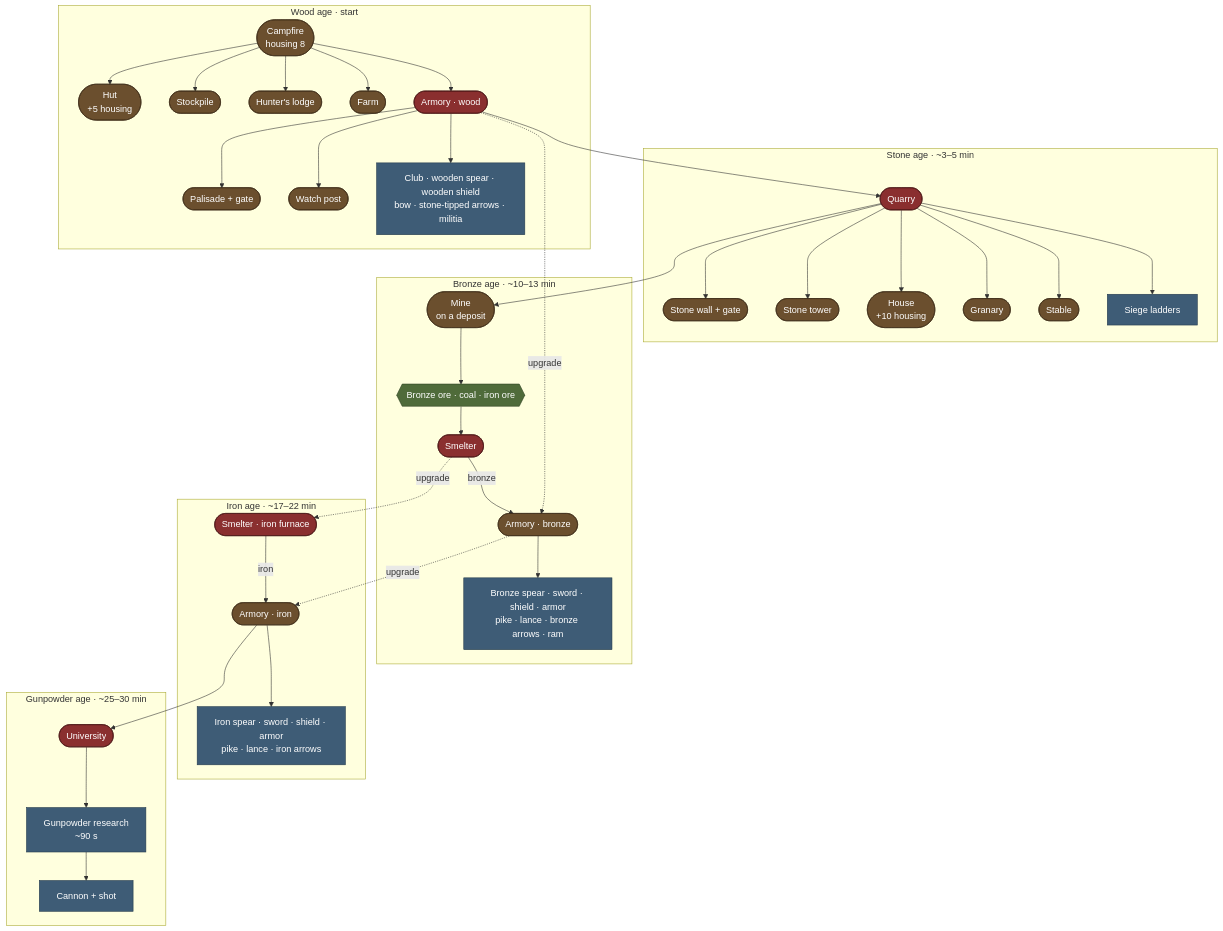
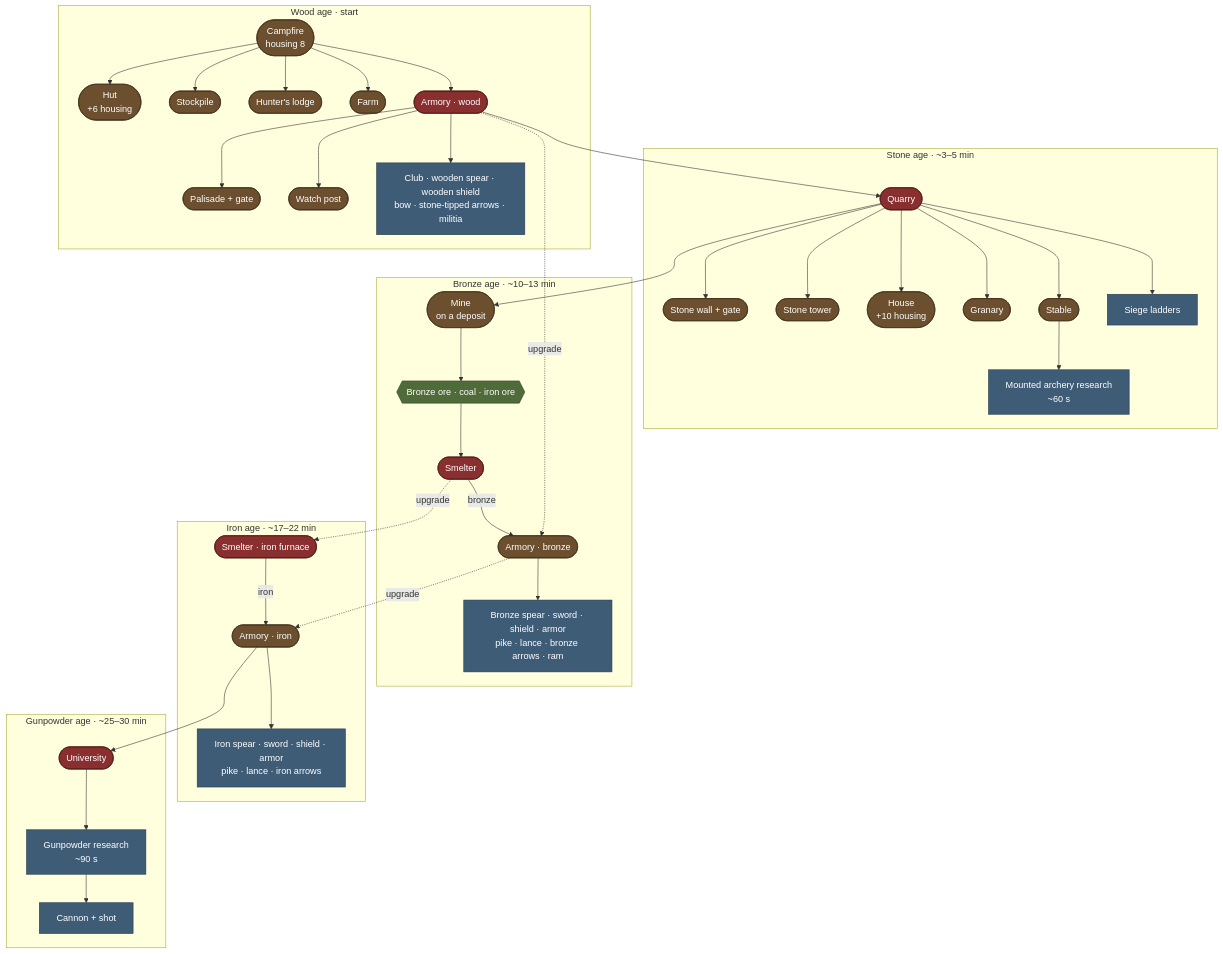
One commit to BenNorbom/MarchHold changed the first of 4 diagrams in TECH_TREE.md. Above: the diagram before and after it, drawn with Mermaid. The commit also changed 23 other files, not shown here.

First line of the commit message:
Add a raised shield, mounted archery and bolder colours

````diff
--- a/TECH_TREE.md
+++ b/TECH_TREE.md
@@ -11,61 +11,63 @@
 ```mermaid
 flowchart TB
   classDef bld fill:#6b4f2e,stroke:#3d2c18,color:#fff
   classDef item fill:#3e5c76,stroke:#22384a,color:#fff
   classDef res fill:#4f6b3a,stroke:#2e4222,color:#fff
   classDef key fill:#8a2f2f,stroke:#4a1616,color:#fff
 
   subgraph WOOD["Wood age · start"]
     fire(["Campfire<br/>housing 8"]):::bld
-    hut(["Hut<br/>+5 housing"]):::bld
+    hut(["Hut<br/>+6 housing"]):::bld
     stock(["Stockpile"]):::bld
     lodge(["Hunter's lodge"]):::bld
     farm(["Farm"]):::bld
     armory1(["Armory · wood"]):::key
     palisade(["Palisade + gate"]):::bld
     post(["Watch post"]):::bld
     w_items["Club · wooden spear · wooden shield<br/>bow · stone-tipped arrows · militia"]:::item
   end
 
   subgraph STONE["Stone age · ~3–5 min"]
     quarry(["Quarry"]):::key
     swall(["Stone wall + gate"]):::bld
     tower(["Stone tower"]):::bld
     house(["House<br/>+10 housing"]):::bld
     granary(["Granary"]):::bld
     stable(["Stable"]):::bld
     ladders["Siege ladders"]:::item
+    mounted["Mounted archery research<br/>~60 s"]:::item
   end
 
   subgraph BRONZE["Bronze age · ~10–13 min"]
     mine(["Mine<br/>on a deposit"]):::bld
     ores{{"Bronze ore · coal · iron ore"}}:::res
     smelter1(["Smelter"]):::key
     armory2(["Armory · bronze"]):::bld
     b_items["Bronze spear · sword · shield · armor<br/>pike · lance · bronze arrows · ram"]:::item
   end
 
   subgraph IRON["Iron age · ~17–22 min"]
     smelter2(["Smelter · iron furnace"]):::key
     armory3(["Armory · iron"]):::bld
     i_items["Iron spear · sword · shield · armor<br/>pike · lance · iron arrows"]:::item
   end
 
   subgraph GUN["Gunpowder age · ~25–30 min"]
     univ(["University"]):::key
     research["Gunpowder research<br/>~90 s"]:::item
     cannon["Cannon + shot"]:::item
   end
 
   fire --> hut & stock & lodge & farm & armory1
   armory1 --> palisade & post & w_items
   armory1 --> quarry
   quarry --> swall & tower & house & granary & stable & ladders
+  stable --> mounted
   quarry --> mine --> ores --> smelter1
   smelter1 -->|"bronze"| armory2 --> b_items
   armory1 -.->|upgrade| armory2
   smelter1 -.->|upgrade| smelter2
   smelter2 -->|"iron"| armory3 --> i_items
   armory2 -.->|upgrade| armory3
   armory3 --> univ --> research --> cannon
 ```
````
